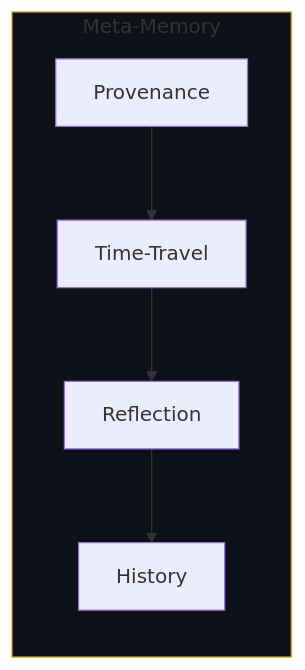
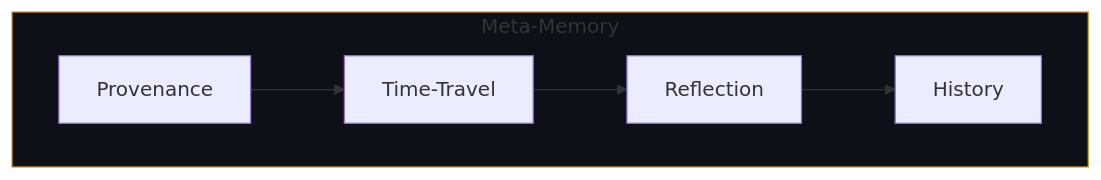
One commit to delta-prime/.github changed the fifth of 6 diagrams in profile/README.md. Above: the diagram before and after it, drawn with Mermaid. The commit also changed other lines of this file, not shown here.

First line of the commit message:
docs: fix broken system architecture diagram, horizontal meta-memory layouts

````diff
--- a/profile/README.md
+++ b/profile/README.md
@@ -130,11 +130,11 @@
 ```mermaid
 flowchart LR
     subgraph META["Meta-Memory"]
-        direction TB
+        direction LR
         P[Provenance] --> T[Time-Travel]
         T --> R[Reflection]
         R --> H[History]
     end
     
     style META fill:#0d1117,stroke:#d29922
 ```
````
